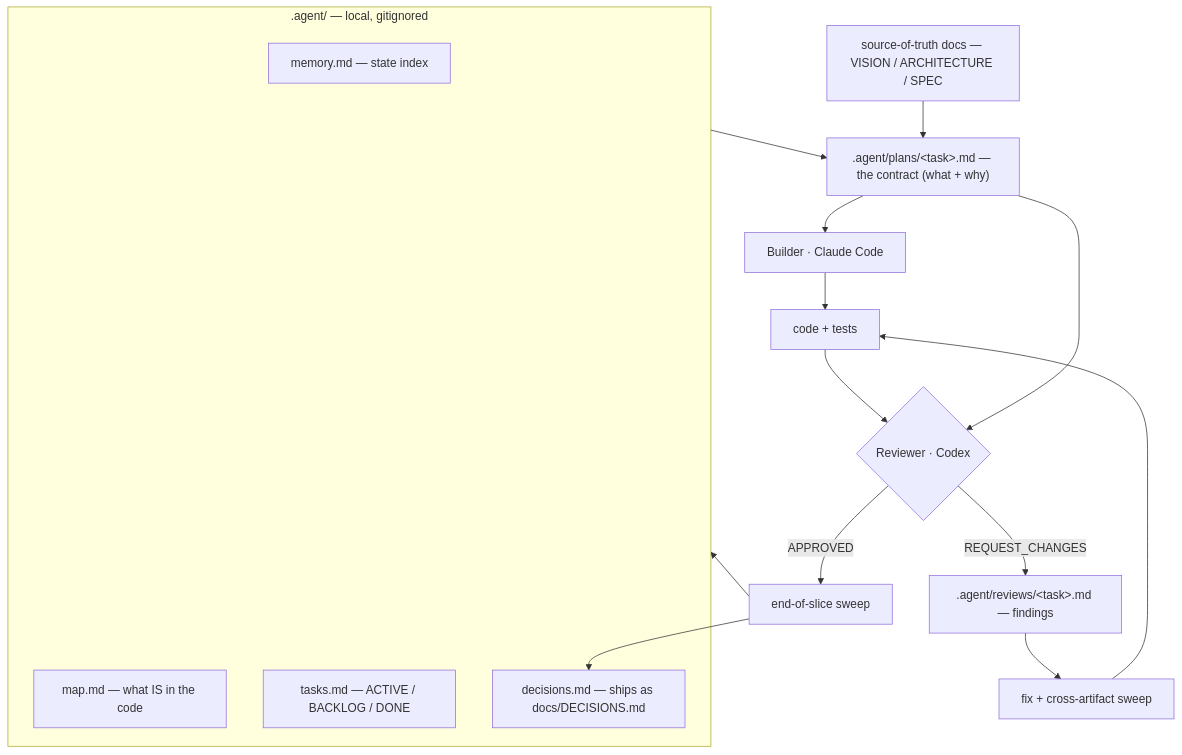
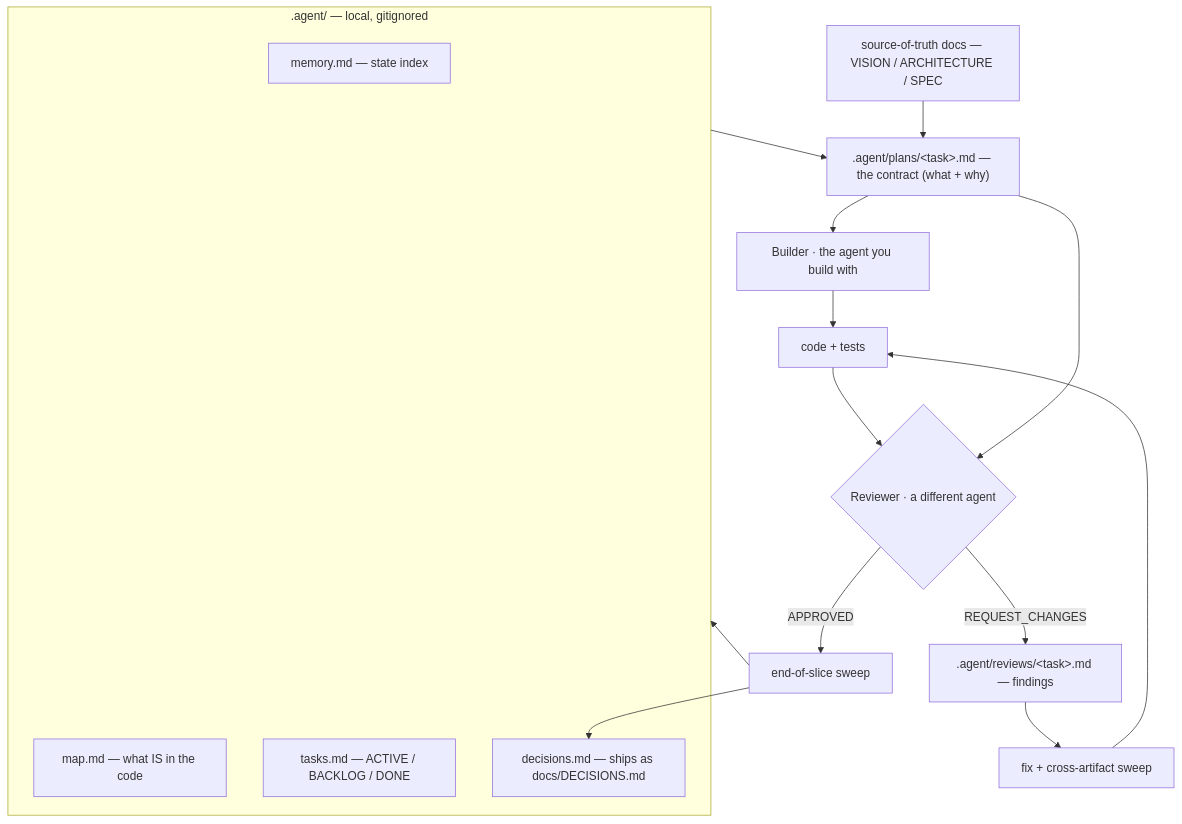
The diagram in workflows/the-blueprint.md (fermartz/agent-vault), drawn with Mermaid before and after one commit. The commit also changed other lines of this file and 10 other files, not shown here.

````diff
--- a/workflows/the-blueprint.md
+++ b/workflows/the-blueprint.md
@@ -86,23 +86,23 @@
 ```mermaid
 flowchart TD
   subgraph mem[".agent/ — local, gitignored"]
     MEM["memory.md — state index"]
     MAP["map.md — what IS in the code"]
     TASKS["tasks.md — ACTIVE / BACKLOG / DONE"]
     DEC["decisions.md — ships as docs/DECISIONS.md"]
   end
   SOT["source-of-truth docs — VISION / ARCHITECTURE / SPEC"]
 
   mem --> PLAN[".agent/plans/&lt;task&gt;.md — the contract (what + why)"]
   SOT --> PLAN
-  PLAN --> BUILD["Builder · Claude Code"]
+  PLAN --> BUILD["Builder · the agent you build with"]
   BUILD --> CODE["code + tests"]
-  CODE --> REVIEW{"Reviewer · Codex"}
+  CODE --> REVIEW{"Reviewer · a different agent"}
   PLAN --> REVIEW
   REVIEW -->|REQUEST_CHANGES| RVW[".agent/reviews/&lt;task&gt;.md — findings"]
   RVW --> FIX["fix + cross-artifact sweep"]
   FIX --> CODE
   REVIEW -->|APPROVED| SWEEP["end-of-slice sweep"]
   SWEEP --> mem
   SWEEP --> DEC
 ```
````
